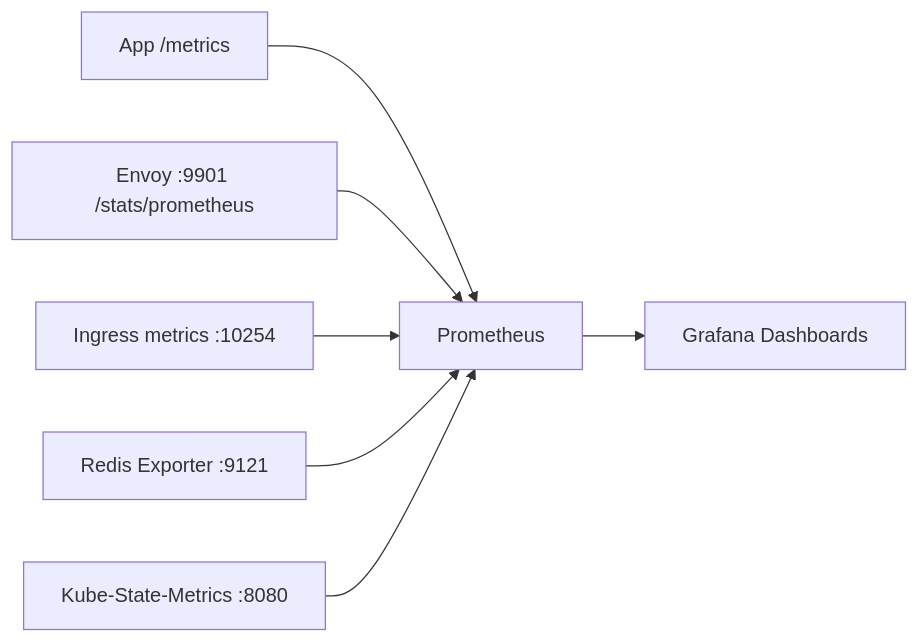
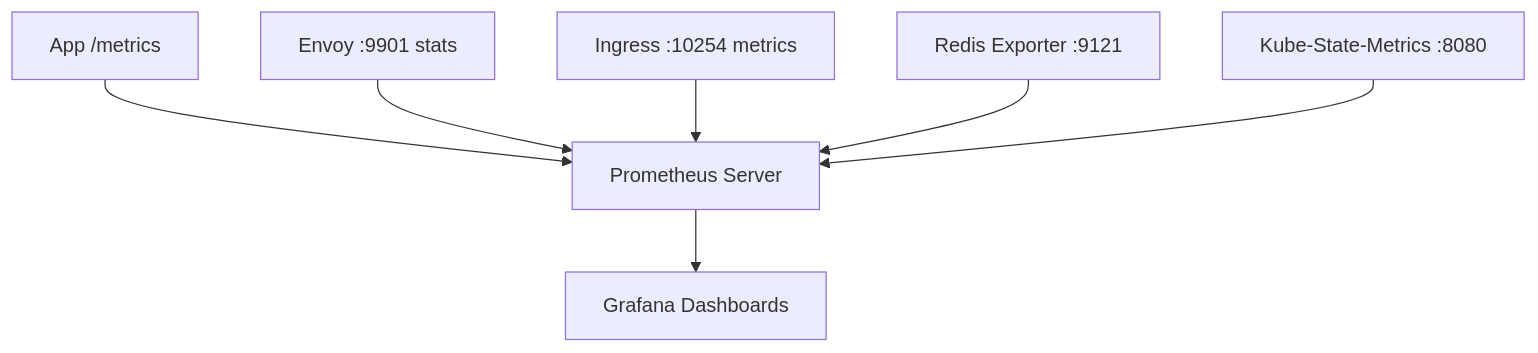
One commit to PranayChowdary48/mode-of-the-day-k8s changed the second of 4 diagrams in README.md. Above: the diagram before and after it, drawn with Mermaid. The commit also changed other lines of this file, not shown here.

````diff
--- a/README.md
+++ b/README.md
@@ -92,9 +119,24 @@
 ```mermaid
-flowchart LR
-  A[App /metrics] --> PR[Prometheus]
-  E[Envoy :9901 /stats/prometheus] --> PR
-  N[Ingress metrics :10254] --> PR
-  R[Redis Exporter :9121] --> PR
-  KSM[Kube-State-Metrics :8080] --> PR
-  PR --> G[Grafana Dashboards]
+flowchart TD
+
+  %% Metrics Sources
+  APP["App /metrics"]
+  ENVOY["Envoy :9901 stats"]
+  ING["Ingress :10254 metrics"]
+  RED["Redis Exporter :9121"]
+  KSM["Kube-State-Metrics :8080"]
+
+  %% Prometheus
+  PR["Prometheus Server"]
+
+  APP --> PR
+  ENVOY --> PR
+  ING --> PR
+  RED --> PR
+  KSM --> PR
+
+  %% Visualization
+  GRAF["Grafana Dashboards"]
+
+  PR --> GRAF
 ```
````
